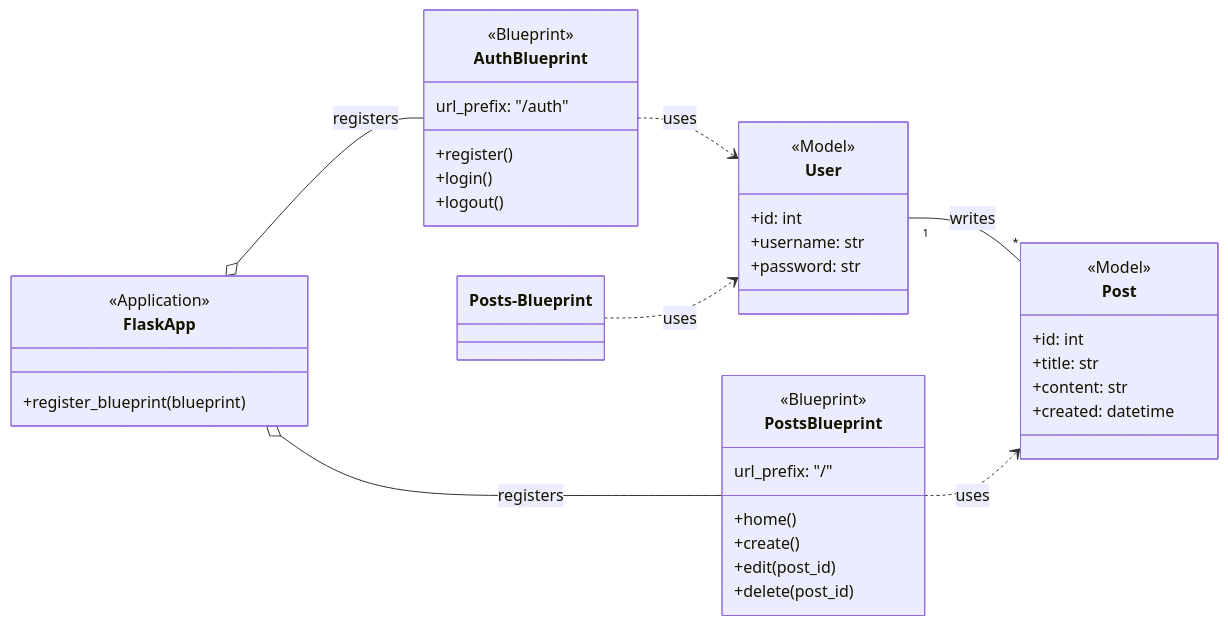
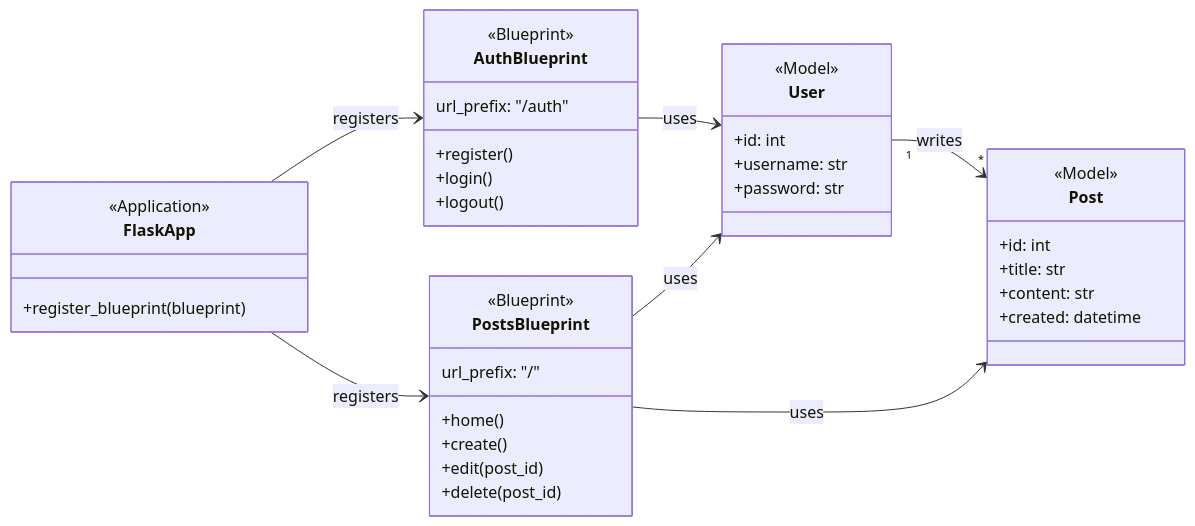
One commit to angelogalantiscuola/IT changed the diagram in 03_Sviluppo_Web_e_Database/05_Interazione_con_il_Database_tramite_ORM/05_Lezione_04_Aggiornare_Diagramma_Architettura.md. Above: the diagram before and after it, drawn with Mermaid. The commit also changed other lines of this file and 3 other files, not shown here.

Commit message:
Refactor architecture diagrams for clarity and completeness; update code examples and remove unnecessary comments.

````diff
--- a/03_Sviluppo_Web_e_Database/05_Interazione_con_il_Database_tramite_ORM/05_Lezione_04_Aggiornare_Diagramma_Architettura.md
+++ b/03_Sviluppo_Web_e_Database/05_Interazione_con_il_Database_tramite_ORM/05_Lezione_04_Aggiornare_Diagramma_Architettura.md
@@ -21,50 +19,50 @@
 ```mermaid
 classDiagram
     direction LR
 
     class FlaskApp {
         <<Application>>
         +register_blueprint(blueprint)
     }
 
     class AuthBlueprint {
         <<Blueprint>>
         url_prefix: "/auth"
         +register()
         +login()
         +logout()
     }
     
     class PostsBlueprint {
         <<Blueprint>>
         url_prefix: "/"
         +home()
         +create()
         +edit(post_id)
         +delete(post_id)
     }
 
     class User {
         <<Model>>
         +id: int
         +username: str
         +password: str
     }
 
     class Post {
         <<Model>>
         +id: int
         +title: str
         +content: str
         +created: datetime
     }
 
-    FlaskApp o-- AuthBlueprint : registers
-    FlaskApp o-- PostsBlueprint : registers
+    FlaskApp --> AuthBlueprint : registers
+    FlaskApp --> PostsBlueprint : registers
 
-    User "1" -- "*" Post : writes
+    User "1" --> "*" Post : writes
 
-    AuthBlueprint ..> User : uses
-    PostsBlueprint ..> Post : uses
-    Posts-Blueprint ..> User : uses
+    AuthBlueprint --> User : uses
+    PostsBlueprint --> Post : uses
+    PostsBlueprint --> User : uses
 ```
````
